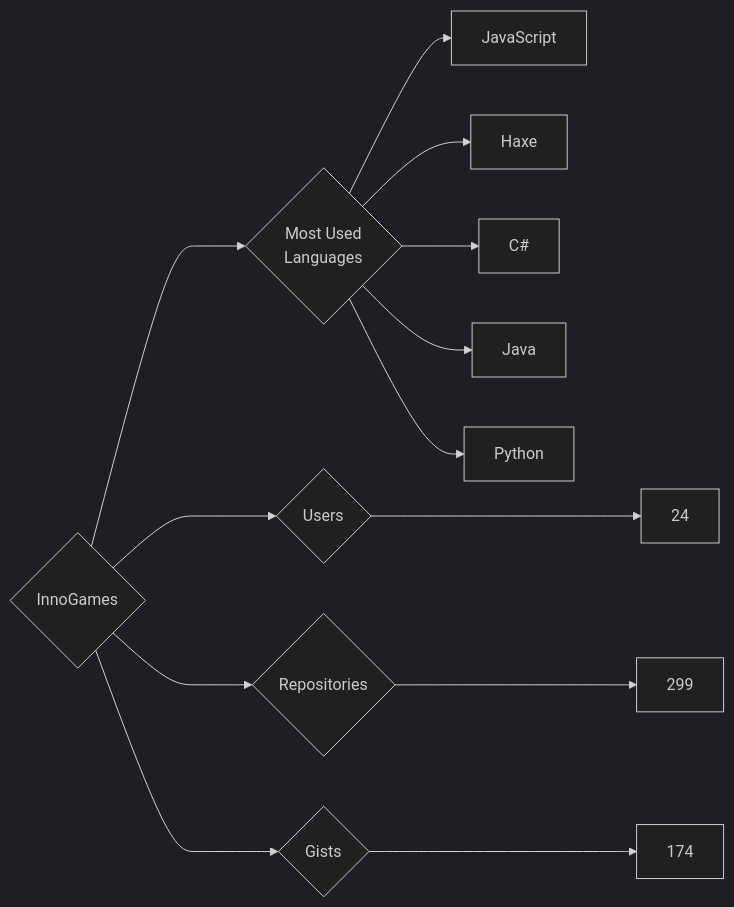
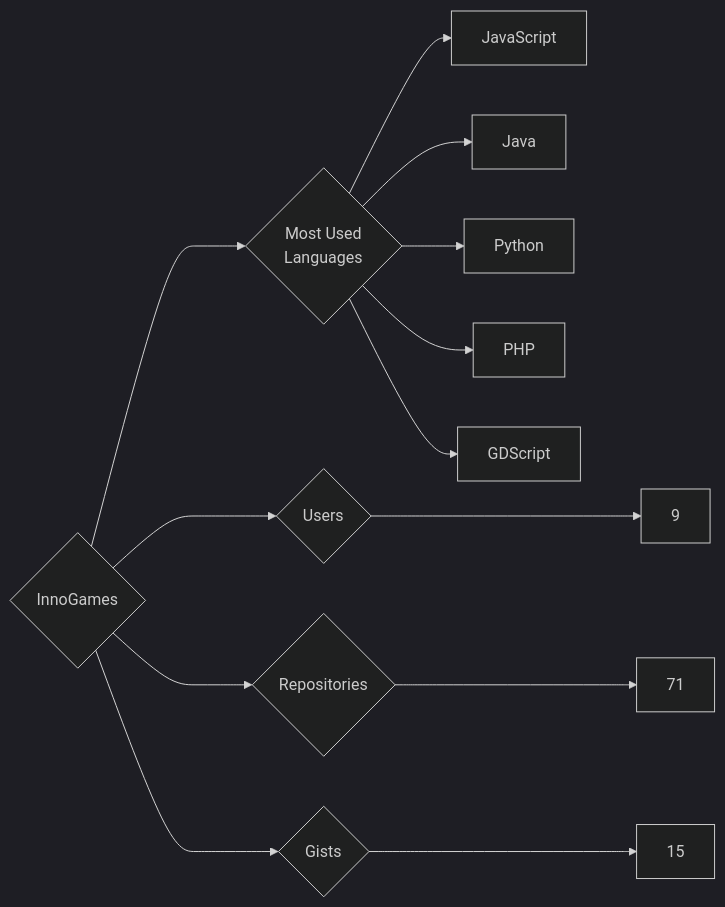
Before and after one commit to trickest/insiders: the diagram in targets/InnoGames/README.md, drawn with Mermaid (dark theme). The commit also changed 984 other files, not shown here.

````diff
--- a/targets/InnoGames/README.md
+++ b/targets/InnoGames/README.md
@@ -3,13 +3,13 @@
 ```mermaid
 graph LR
 COMPANY_NAME{InnoGames}
-COMPANY_NAME ---> U{Users} ---> UN[24]
-COMPANY_NAME ---> R{Repositories} ---> RN[299]
-COMPANY_NAME ---> G{Gists} ---> GN[174]
+COMPANY_NAME ---> U{Users} ---> UN[9]
+COMPANY_NAME ---> R{Repositories} ---> RN[71]
+COMPANY_NAME ---> G{Gists} ---> GN[15]
 COMPANY_NAME ---> ML{Most Used<br>Languages}
 ML --> JavaScript[JavaScript]
-ML --> Haxe[Haxe]
-ML --> C#[C#]
 ML --> Java[Java]
 ML --> Python[Python]
+ML --> PHP[PHP]
+ML --> GDScript[GDScript]
 ```
````
